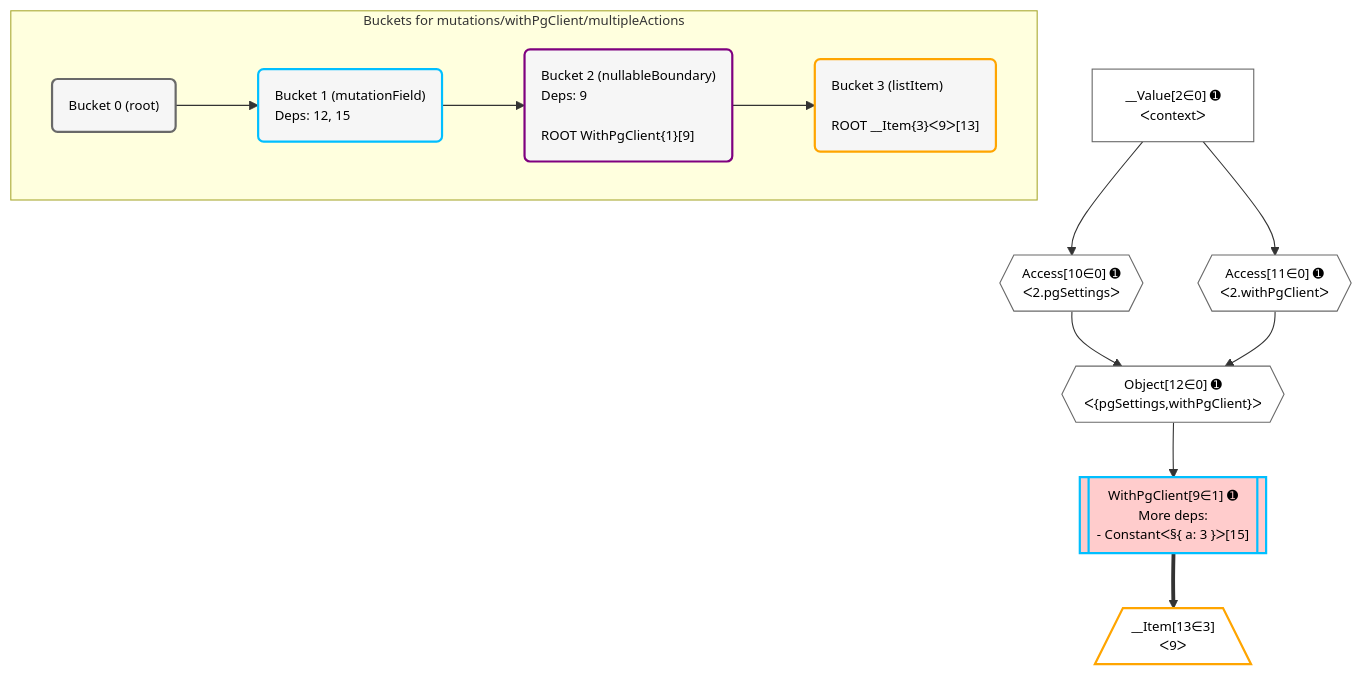
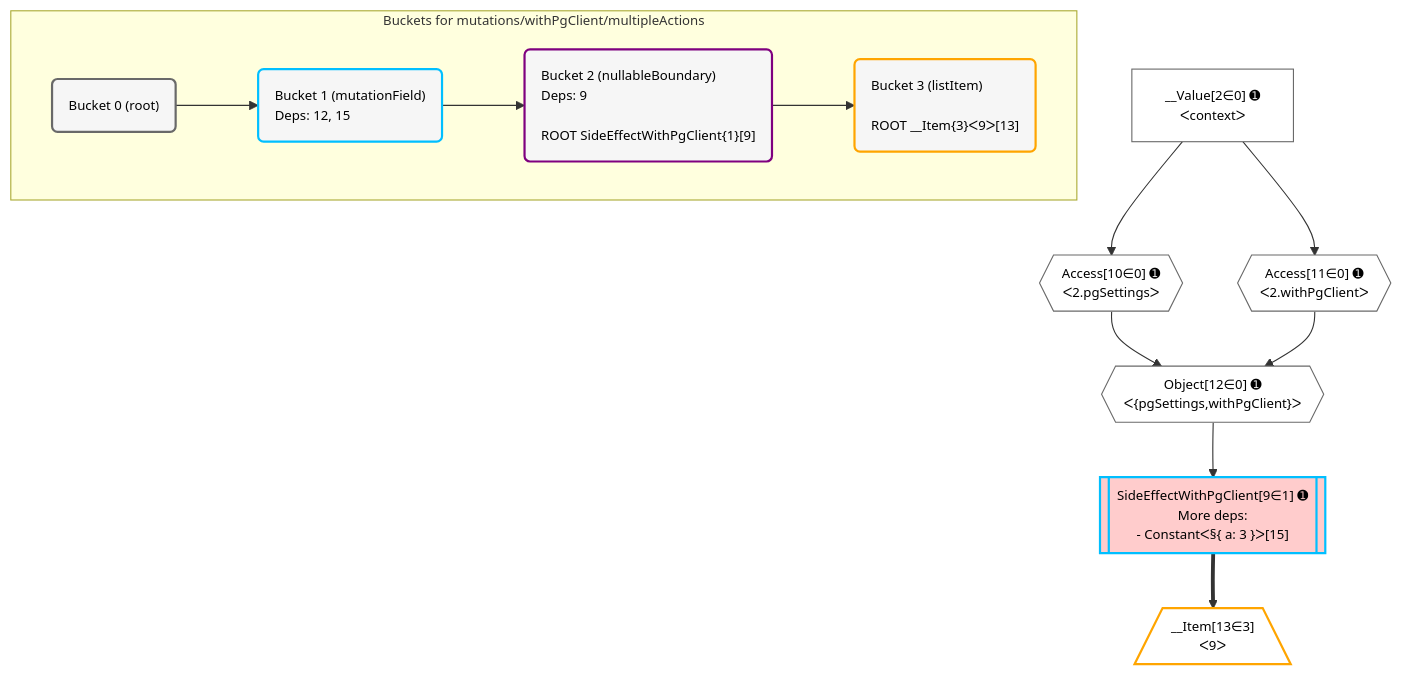
One commit to graphile/crystal changed the diagram in grafast/dataplan-pg/__tests__/mutations/withPgClient/multipleActions.deopt.mermaid. Above: the diagram before and after it, drawn with Mermaid. The commit also changed 3 other files, not shown here.

```diff
--- a/grafast/dataplan-pg/__tests__/mutations/withPgClient/multipleActions.deopt.mermaid
+++ b/grafast/dataplan-pg/__tests__/mutations/withPgClient/multipleActions.deopt.mermaid
@@ -1,41 +1,41 @@
 %%{init: {'themeVariables': { 'fontSize': '12px'}}}%%
 graph TD
     classDef path fill:#eee,stroke:#000,color:#000
     classDef plan fill:#fff,stroke-width:1px,color:#000
     classDef itemplan fill:#fff,stroke-width:2px,color:#000
     classDef unbatchedplan fill:#dff,stroke-width:1px,color:#000
     classDef sideeffectplan fill:#fcc,stroke-width:2px,color:#000
     classDef bucket fill:#f6f6f6,color:#000,stroke-width:2px,text-align:left
 
     subgraph "Buckets for mutations/withPgClient/multipleActions"
     Bucket0("Bucket 0 (root)"):::bucket
     Bucket1("Bucket 1 (mutationField)<br />Deps: 12, 15"):::bucket
-    Bucket2("Bucket 2 (nullableBoundary)<br />Deps: 9<br /><br />ROOT WithPgClient{1}[9]"):::bucket
+    Bucket2("Bucket 2 (nullableBoundary)<br />Deps: 9<br /><br />ROOT SideEffectWithPgClient{1}[9]"):::bucket
     Bucket3("Bucket 3 (listItem)<br /><br />ROOT __Item{3}ᐸ9ᐳ[13]"):::bucket
     end
     Bucket0 --> Bucket1
     Bucket1 --> Bucket2
     Bucket2 --> Bucket3
 
     %% plan dependencies
     Object12{{"Object[12∈0] ➊<br />ᐸ{pgSettings,withPgClient}ᐳ"}}:::plan
     Access10{{"Access[10∈0] ➊<br />ᐸ2.pgSettingsᐳ"}}:::plan
     Access11{{"Access[11∈0] ➊<br />ᐸ2.withPgClientᐳ"}}:::plan
     Access10 & Access11 --> Object12
     __Value2["__Value[2∈0] ➊<br />ᐸcontextᐳ"]:::plan
     __Value2 --> Access10
     __Value2 --> Access11
-    WithPgClient9[["WithPgClient[9∈1] ➊<br />More deps:<br />- Constantᐸ§{ a: 3 }ᐳ[15]"]]:::sideeffectplan
-    Object12 --> WithPgClient9
+    SideEffectWithPgClient9[["SideEffectWithPgClient[9∈1] ➊<br />More deps:<br />- Constantᐸ§{ a: 3 }ᐳ[15]"]]:::sideeffectplan
+    Object12 --> SideEffectWithPgClient9
     __Item13[/"__Item[13∈3]<br />ᐸ9ᐳ"\]:::itemplan
-    WithPgClient9 ==> __Item13
+    SideEffectWithPgClient9 ==> __Item13
 
     %% define steps
     classDef bucket0 stroke:#696969
     class Bucket0,__Value2,Access10,Access11,Object12 bucket0
     classDef bucket1 stroke:#00bfff
-    class Bucket1,WithPgClient9 bucket1
+    class Bucket1,SideEffectWithPgClient9 bucket1
     classDef bucket2 stroke:#7f007f
     class Bucket2 bucket2
     classDef bucket3 stroke:#ffa500
     class Bucket3,__Item13 bucket3
```
